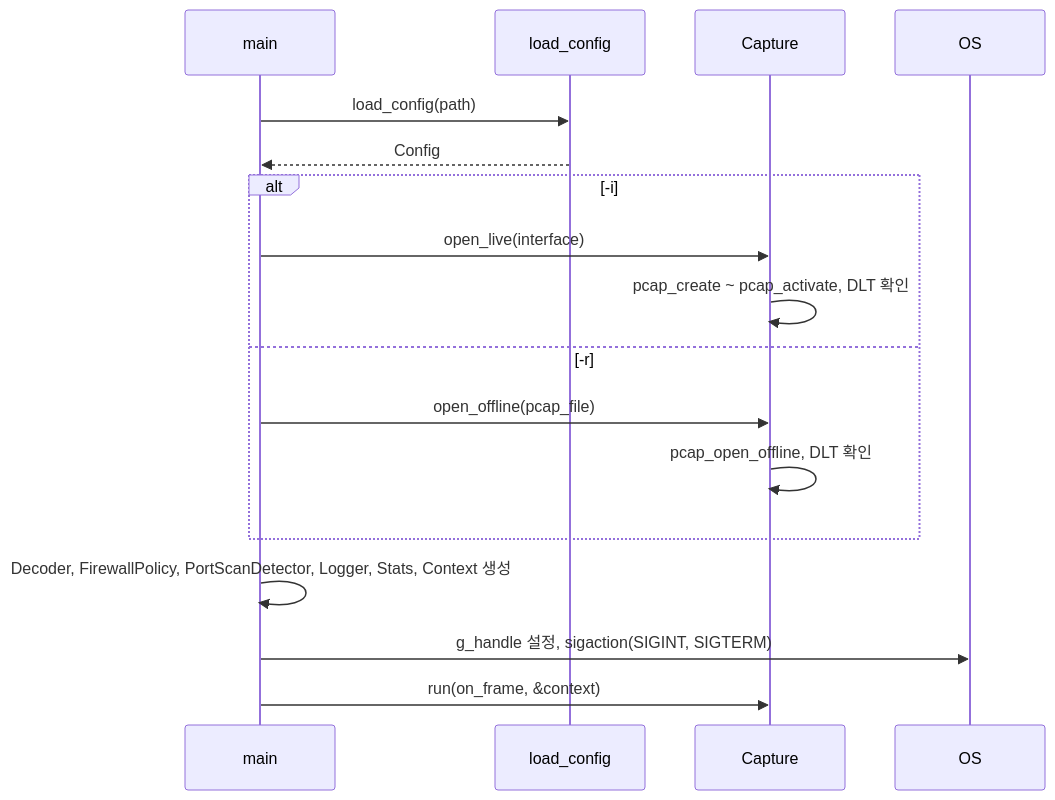
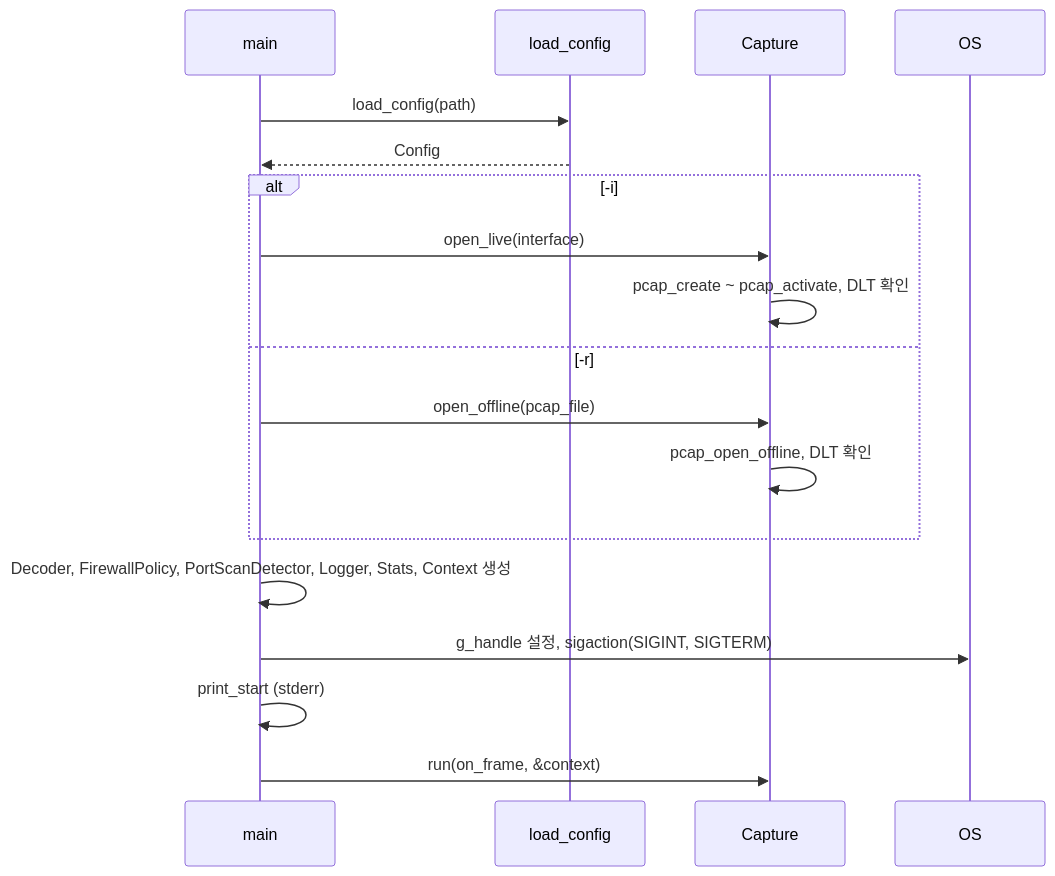
The third of 5 diagrams in docs/SPEC.md (ming-ming2/mini-utm), drawn with Mermaid before and after one commit. The commit also changed other lines of this file and 2 other files, not shown here.

````diff
--- a/docs/SPEC.md
+++ b/docs/SPEC.md
@@ -496,20 +506,21 @@
 ```mermaid
 sequenceDiagram
     participant Main as main
     participant Config as load_config
     participant Capture as Capture
     participant OS as OS
 
     Main->>Config: load_config(path)
     Config-->>Main: Config
     alt -i
         Main->>Capture: open_live(interface)
         Capture->>Capture: pcap_create ~ pcap_activate, DLT 확인
     else -r
         Main->>Capture: open_offline(pcap_file)
         Capture->>Capture: pcap_open_offline, DLT 확인
     end
     Main->>Main: Decoder, FirewallPolicy, PortScanDetector, Logger, Stats, Context 생성
     Main->>OS: g_handle 설정, sigaction(SIGINT, SIGTERM)
+    Main->>Main: print_start (stderr)
     Main->>Capture: run(on_frame, &context)
 ```
````
